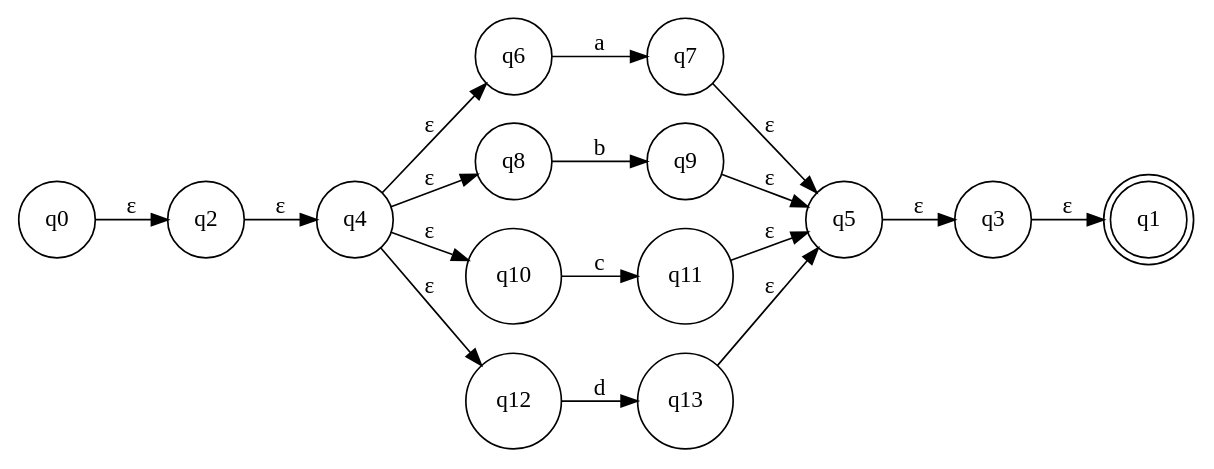
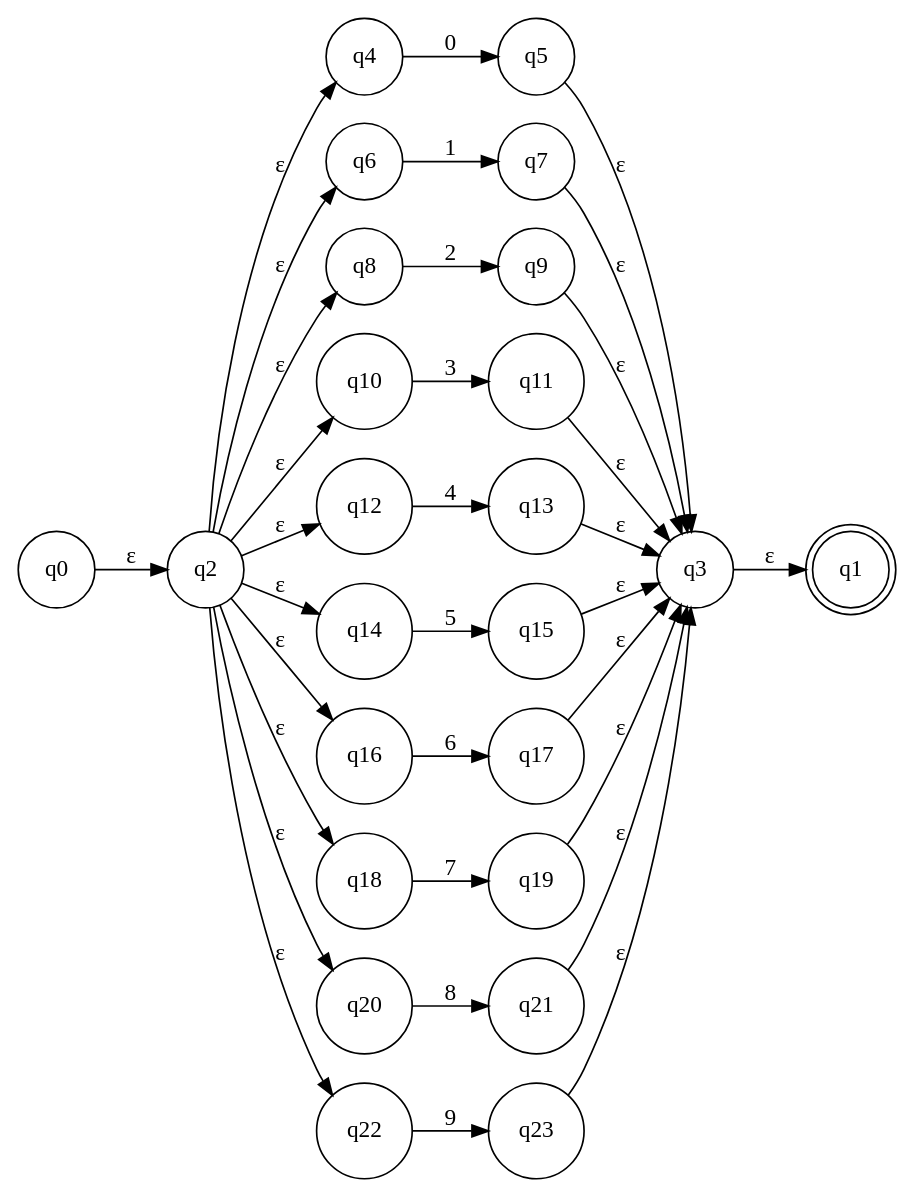
One commit to DjoCoding/regex changed the diagram in nfa.dot. Above: the diagram before and after it, drawn with Graphviz. The commit also changed 7 other files, not shown here.

```diff
--- a/nfa.dot
+++ b/nfa.dot
@@ -1,34 +1,60 @@
 digraph NFA {
 	rankdir=LR;
 	node [shape=circle];
 	q0 [label="q0"];
 	q0 -> q2 [label="ε"];
 	q2 [label="q2"];
 	q2 -> q4 [label="ε"];
 	q4 [label="q4"];
-	q4 -> q6 [label="ε"];
-	q6 [label="q6"];
-	q6 -> q7 [label="a"];
-	q7 [label="q7"];
-	q7 -> q5 [label="ε"];
+	q4 -> q5 [label="0"];
 	q5 [label="q5"];
 	q5 -> q3 [label="ε"];
 	q3 [label="q3"];
 	q3 -> q1 [label="ε"];
 	q1 [shape=doublecircle];
-	q4 -> q8 [label="ε"];
+	q2 -> q6 [label="ε"];
+	q6 [label="q6"];
+	q6 -> q7 [label="1"];
+	q7 [label="q7"];
+	q7 -> q3 [label="ε"];
+	q2 -> q8 [label="ε"];
 	q8 [label="q8"];
-	q8 -> q9 [label="b"];
+	q8 -> q9 [label="2"];
 	q9 [label="q9"];
-	q9 -> q5 [label="ε"];
-	q4 -> q10 [label="ε"];
+	q9 -> q3 [label="ε"];
+	q2 -> q10 [label="ε"];
 	q10 [label="q10"];
-	q10 -> q11 [label="c"];
+	q10 -> q11 [label="3"];
 	q11 [label="q11"];
-	q11 -> q5 [label="ε"];
-	q4 -> q12 [label="ε"];
+	q11 -> q3 [label="ε"];
+	q2 -> q12 [label="ε"];
 	q12 [label="q12"];
-	q12 -> q13 [label="d"];
+	q12 -> q13 [label="4"];
 	q13 [label="q13"];
-	q13 -> q5 [label="ε"];
+	q13 -> q3 [label="ε"];
+	q2 -> q14 [label="ε"];
+	q14 [label="q14"];
+	q14 -> q15 [label="5"];
+	q15 [label="q15"];
+	q15 -> q3 [label="ε"];
+	q2 -> q16 [label="ε"];
+	q16 [label="q16"];
+	q16 -> q17 [label="6"];
+	q17 [label="q17"];
+	q17 -> q3 [label="ε"];
+	q2 -> q18 [label="ε"];
+	q18 [label="q18"];
+	q18 -> q19 [label="7"];
+	q19 [label="q19"];
+	q19 -> q3 [label="ε"];
+	q2 -> q20 [label="ε"];
+	q20 [label="q20"];
+	q20 -> q21 [label="8"];
+	q21 [label="q21"];
+	q21 -> q3 [label="ε"];
+	q2 -> q22 [label="ε"];
+	q22 [label="q22"];
+	q22 -> q23 [label="9"];
+	q23 [label="q23"];
+	q23 -> q3 [label="ε"];
 }
```
